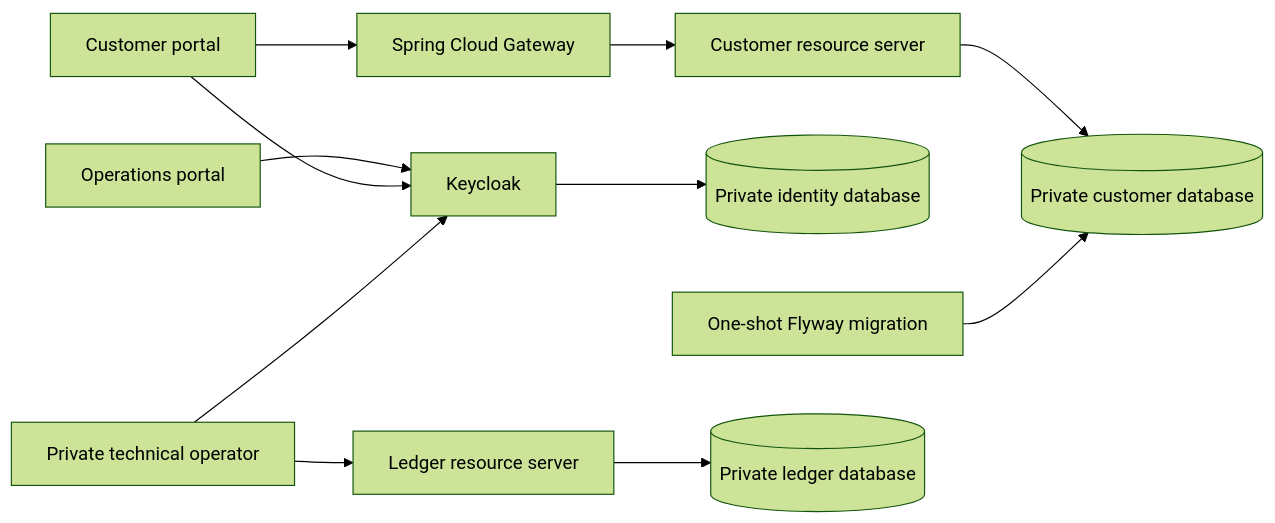
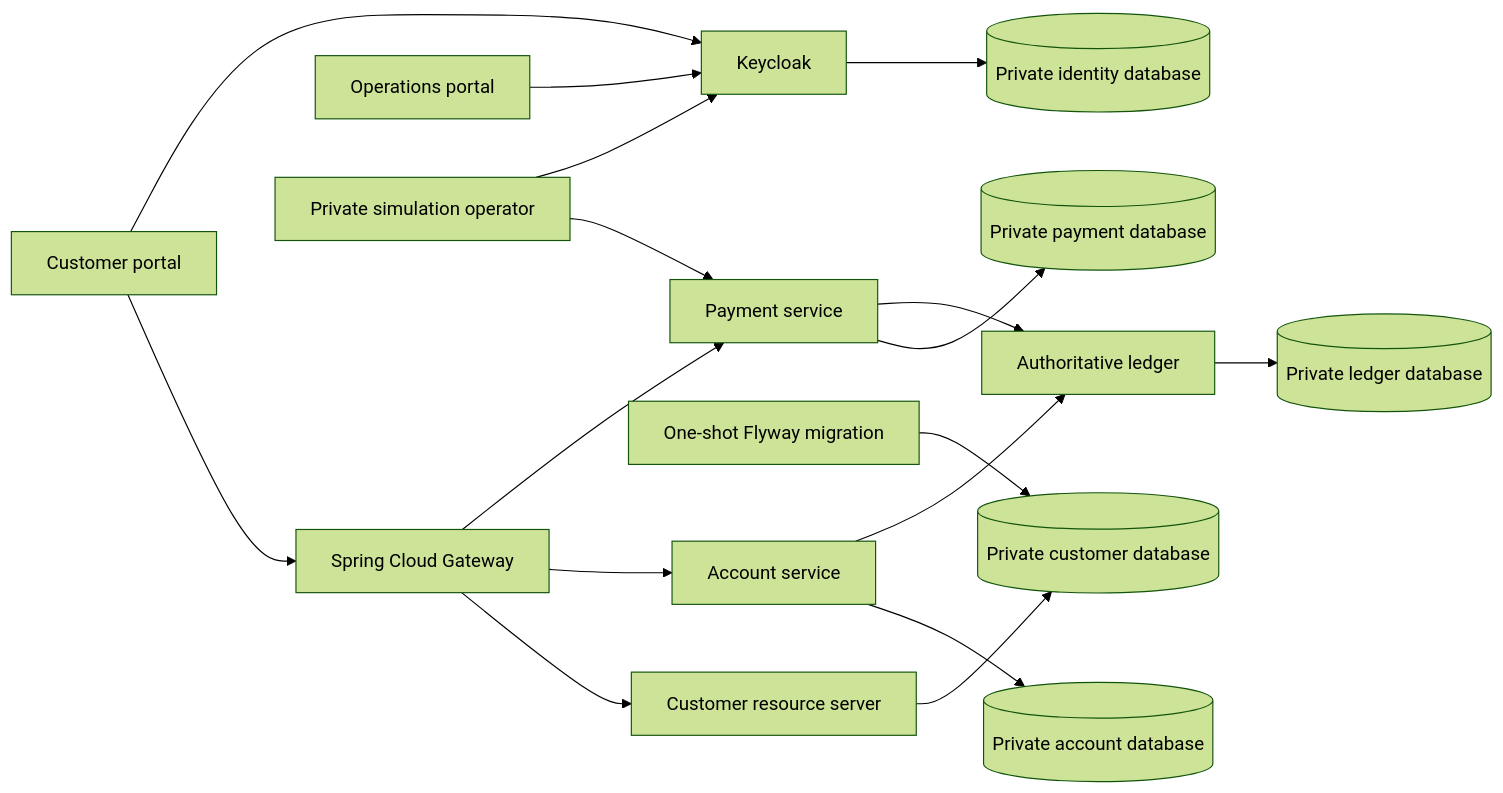
Before and after one commit to ABDOUUisHERE/FinCore-Bank: the diagram in README.md, drawn with Mermaid (forest theme). The commit also changed other lines of this file and 75 other files, not shown here.

````diff
--- a/README.md
+++ b/README.md
@@ -30,13 +32,19 @@
 ```mermaid
 flowchart LR
   Customer[Customer portal] --> Gateway[Spring Cloud Gateway]
   Admin[Operations portal] --> Keycloak
   Customer --> Keycloak
   Gateway --> Service[Customer resource server]
   Service --> CDB[(Private customer database)]
   Keycloak --> KDB[(Private identity database)]
   Migration[One-shot Flyway migration] --> CDB
-  Operator[Private technical operator] --> Ledger[Ledger resource server]
+  Gateway --> Account[Account service]
+  Gateway --> Payment[Payment service]
+  Account --> ADB[(Private account database)]
+  Payment --> PDB[(Private payment database)]
+  Account --> Ledger[Authoritative ledger]
+  Payment --> Ledger
   Ledger --> LDB[(Private ledger database)]
+  Operator[Private simulation operator] --> Payment
   Operator --> Keycloak
 ```
````
